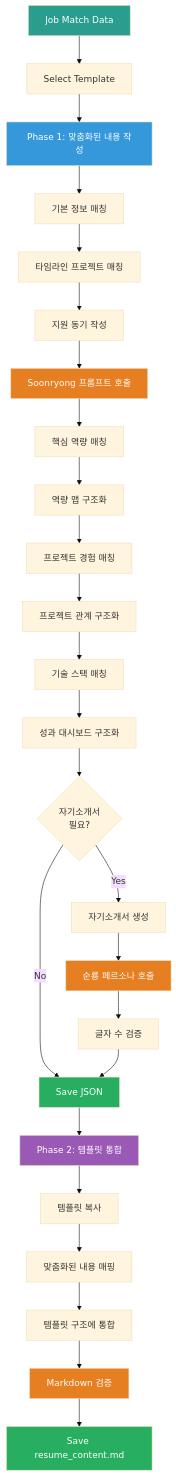
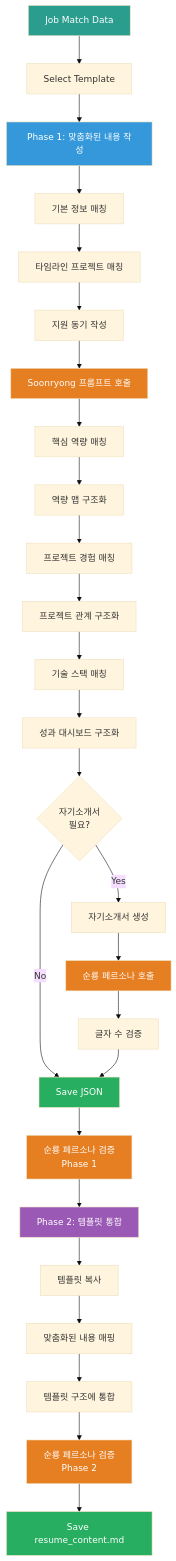
The first of 7 diagrams in portfolio/portfolio_docs/resume_generator/prompts/3_Generate_Resume.md (moobaek/Testing_AI_agents_for_public_use), drawn with Mermaid (base theme) before and after one commit. The commit also changed other lines of this file and 38 other files, not shown here.

````diff
--- a/portfolio/portfolio_docs/resume_generator/prompts/3_Generate_Resume.md
+++ b/portfolio/portfolio_docs/resume_generator/prompts/3_Generate_Resume.md
@@ -13,43 +13,45 @@
 ```mermaid
 graph TD
     START[Job Match Data] --> SELECT[Select Template]
     SELECT --> PHASE1[Phase 1: 맞춤화된 내용 작성]
     
     PHASE1 --> P1_BASIC[기본 정보 매칭]
     P1_BASIC --> P1_TIMELINE[타임라인 프로젝트 매칭]
     P1_TIMELINE --> P1_MOTIVATION[지원 동기 작성]
     
     P1_MOTIVATION --> P1_SOONRYONG[Soonryong 프롬프트 호출]
     P1_SOONRYONG --> P1_COMPETENCY[핵심 역량 매칭]
     
     P1_COMPETENCY --> P1_MINDMAP[역량 맵 구조화]
     P1_MINDMAP --> P1_PROJECTS[프로젝트 경험 매칭]
     P1_PROJECTS --> P1_RELATION[프로젝트 관계 구조화]
     
     P1_RELATION --> P1_TECH[기술 스택 매칭]
     P1_TECH --> P1_DASHBOARD[성과 대시보드 구조화]
     P1_DASHBOARD --> P1_COVER{자기소개서<br/>필요?}
     
     P1_COVER -->|Yes| P1_COVER_GEN[자기소개서 생성]
     P1_COVER -->|No| P1_JSON[Save JSON]
     P1_COVER_GEN --> P1_COVER_SOONRYONG[순룡 페르소나 호출]
     P1_COVER_SOONRYONG --> P1_COVER_LENGTH[글자 수 검증]
     P1_COVER_LENGTH --> P1_JSON
     
-    P1_JSON --> PHASE2[Phase 2: 템플릿 통합]
+    P1_JSON --> P1_SOONRYONG_VALIDATE[순룡 페르소나 검증<br/>Phase 1]
+    P1_SOONRYONG_VALIDATE --> PHASE2[Phase 2: 템플릿 통합]
     PHASE2 --> P2_COPY[템플릿 복사]
     P2_COPY --> P2_MAP[맞춤화된 내용 매핑]
     P2_MAP --> P2_INTEGRATE[템플릿 구조에 통합]
-    P2_INTEGRATE --> VALIDATE[Markdown 검증]
+    P2_INTEGRATE --> P2_SOONRYONG_VALIDATE[순룡 페르소나 검증<br/>Phase 2]
     
-    VALIDATE --> END[Save resume_content.md]
+    P2_SOONRYONG_VALIDATE --> END[Save resume_content.md]
 
     style START fill:#2a9d8f,color:#fff
     style PHASE1 fill:#3498db,color:#fff
     style PHASE2 fill:#9b59b6,color:#fff
     style P1_SOONRYONG fill:#e67e22,color:#fff
     style P1_COVER_SOONRYONG fill:#e67e22,color:#fff
     style P1_JSON fill:#27ae60,color:#fff
-    style VALIDATE fill:#e67e22,color:#fff
+    style P1_SOONRYONG_VALIDATE fill:#e67e22,color:#fff
+    style P2_SOONRYONG_VALIDATE fill:#e67e22,color:#fff
     style END fill:#27ae60,color:#fff
 ```
````
